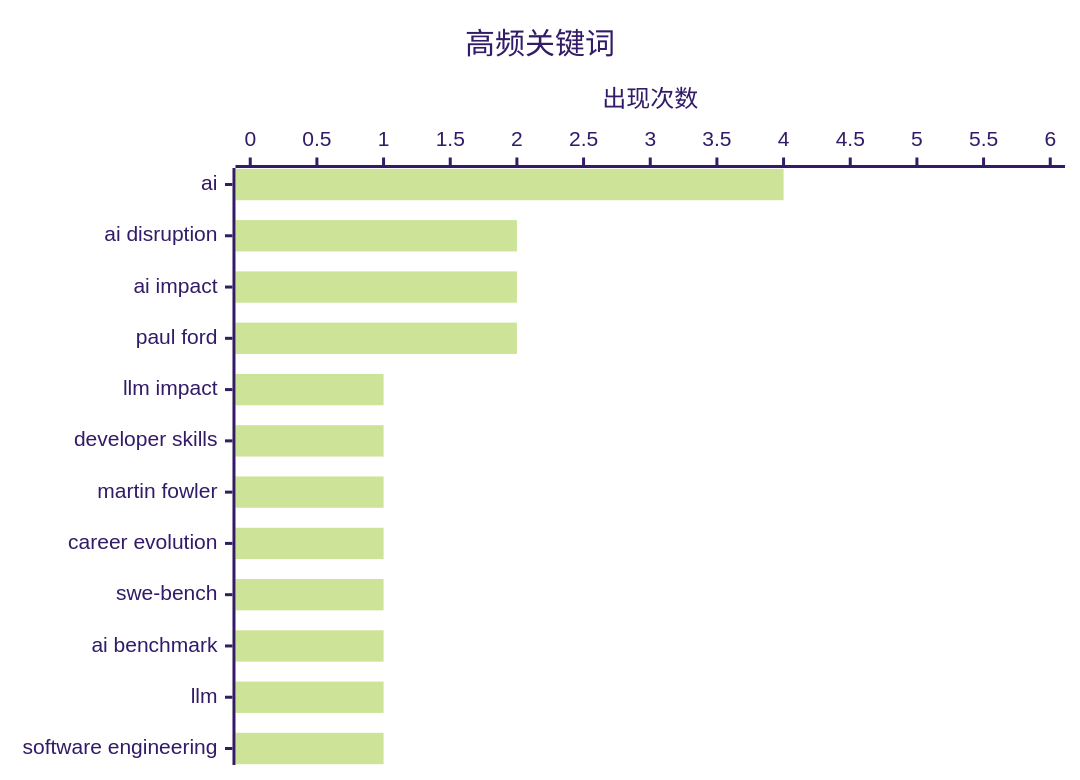
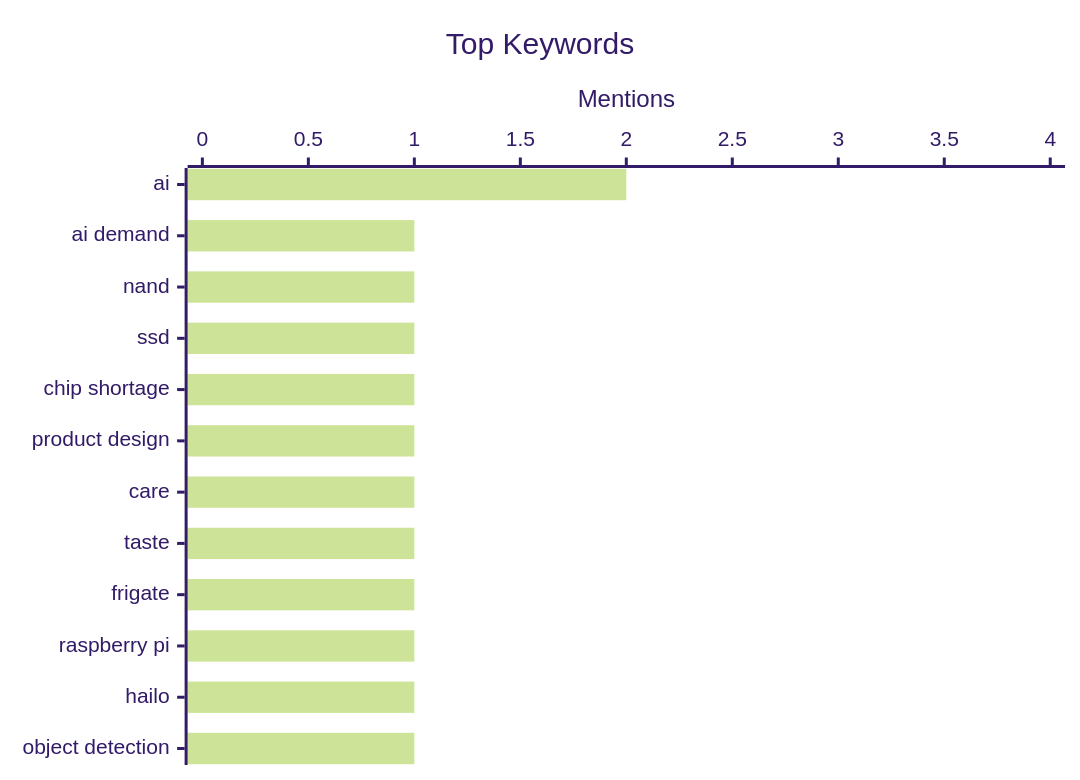
One commit to sinocikid/sinocikid.github.io changed the second of 2 diagrams in _posts/2026-02-19-ai-daily-digest.md. Above: the diagram before and after it, drawn with Mermaid (forest theme). The commit also changed other lines of this file, not shown here.

````diff
--- a/_posts/2026-02-19-ai-daily-digest.md
+++ b/_posts/2026-02-19-ai-daily-digest.md
@@ -71,7 +70,7 @@
 ```mermaid
 xychart-beta horizontal
-    title "高频关键词"
-    x-axis ["ai", "ai disruption", "ai impact", "paul ford", "llm impact", "developer skills", "martin fowler", "career evolution", "swe-bench", "ai benchmark", "llm", "software engineering"]
-    y-axis "出现次数" 0 --> 6
-    bar [4, 2, 2, 2, 1, 1, 1, 1, 1, 1, 1, 1]
+    title "Top Keywords"
+    x-axis ["ai", "ai demand", "nand", "ssd", "chip shortage", "product design", "care", "taste", "frigate", "raspberry pi", "hailo", "object detection"]
+    y-axis "Mentions" 0 --> 4
+    bar [2, 1, 1, 1, 1, 1, 1, 1, 1, 1, 1, 1]
 ```
````
